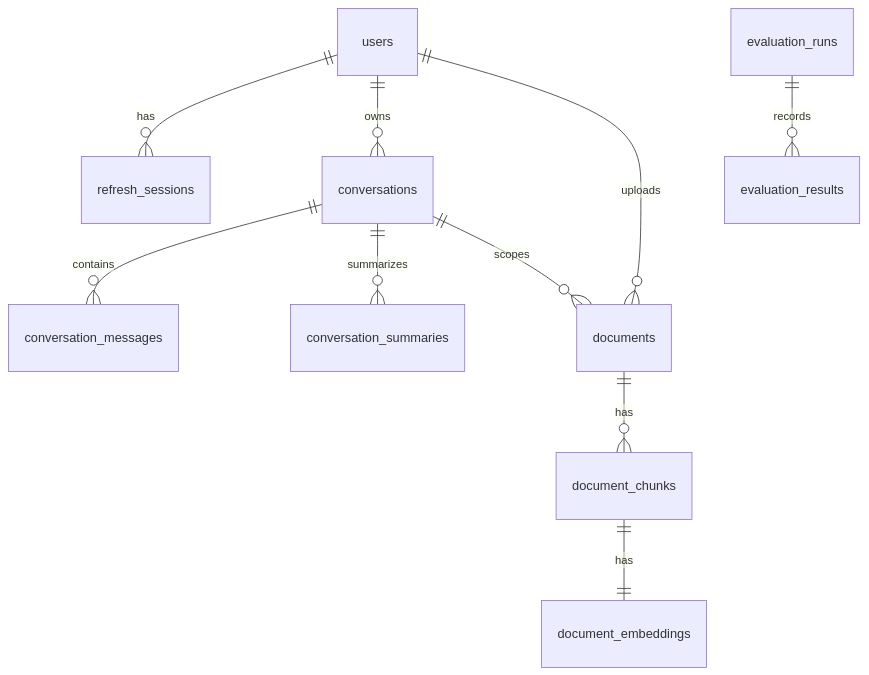
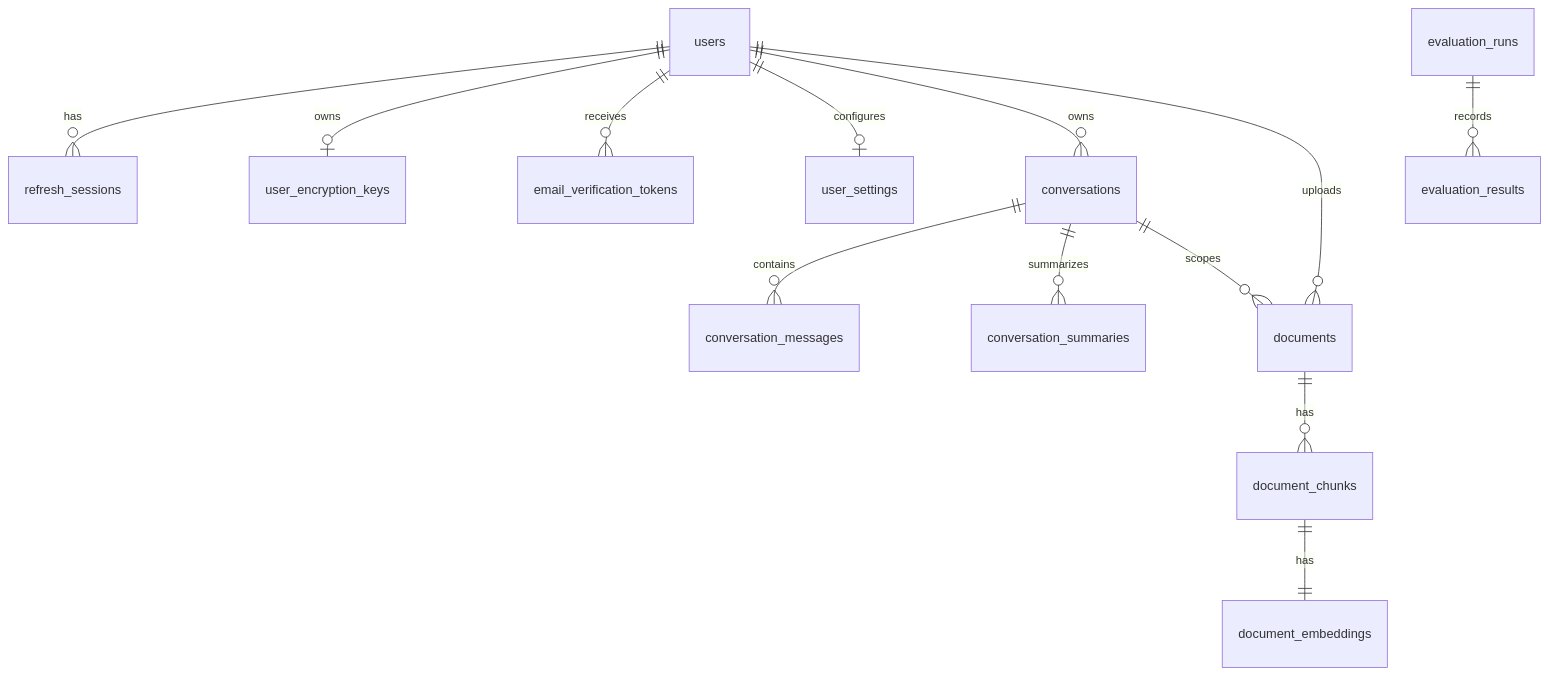
One commit to Satya-Naraharisetty/FusionRAG changed the second of 4 diagrams in reverse_engineering.md. Above: the diagram before and after it, drawn with Mermaid. The commit also changed other lines of this file and 6 other files, not shown here.

````diff
--- a/reverse_engineering.md
+++ b/reverse_engineering.md
@@ -49,12 +55,15 @@
 ```mermaid
 erDiagram
     users ||--o{ refresh_sessions : has
+    users ||--o| user_encryption_keys : owns
+    users ||--o{ email_verification_tokens : receives
+    users ||--o| user_settings : configures
     users ||--o{ conversations : owns
     users ||--o{ documents : uploads
     conversations ||--o{ conversation_messages : contains
     conversations ||--o{ conversation_summaries : summarizes
     conversations ||--o{ documents : scopes
     documents ||--o{ document_chunks : has
     document_chunks ||--|| document_embeddings : has
     evaluation_runs ||--o{ evaluation_results : records
 ```
````
